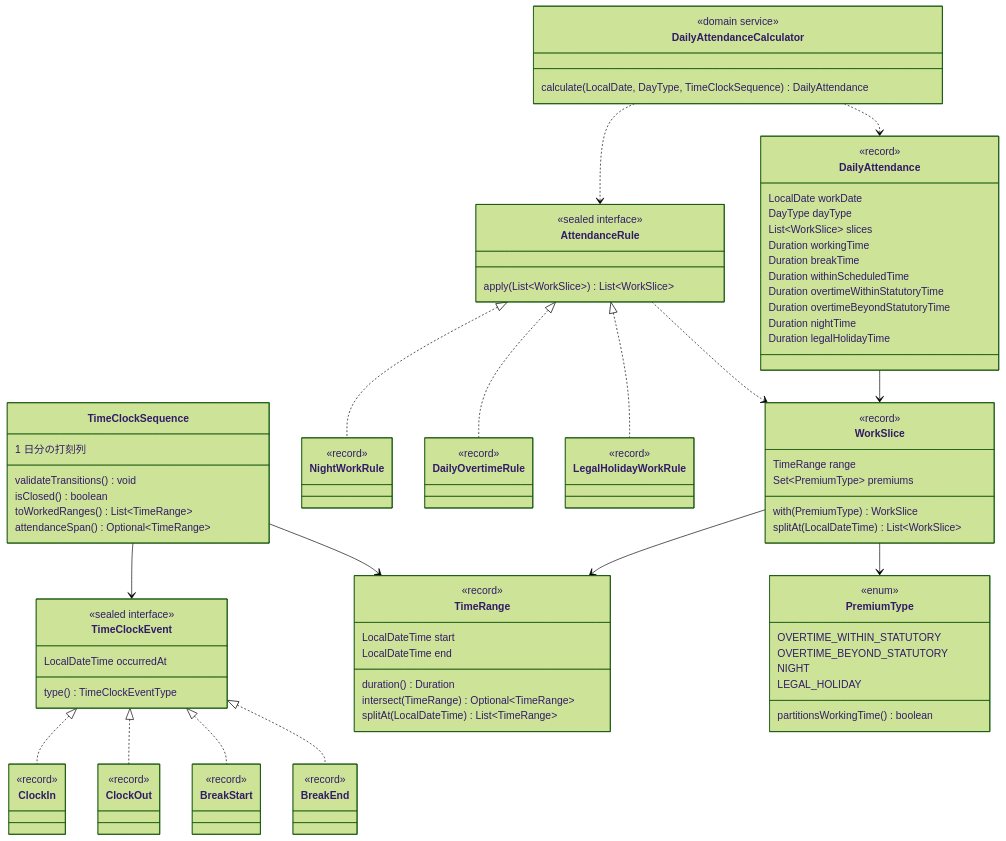
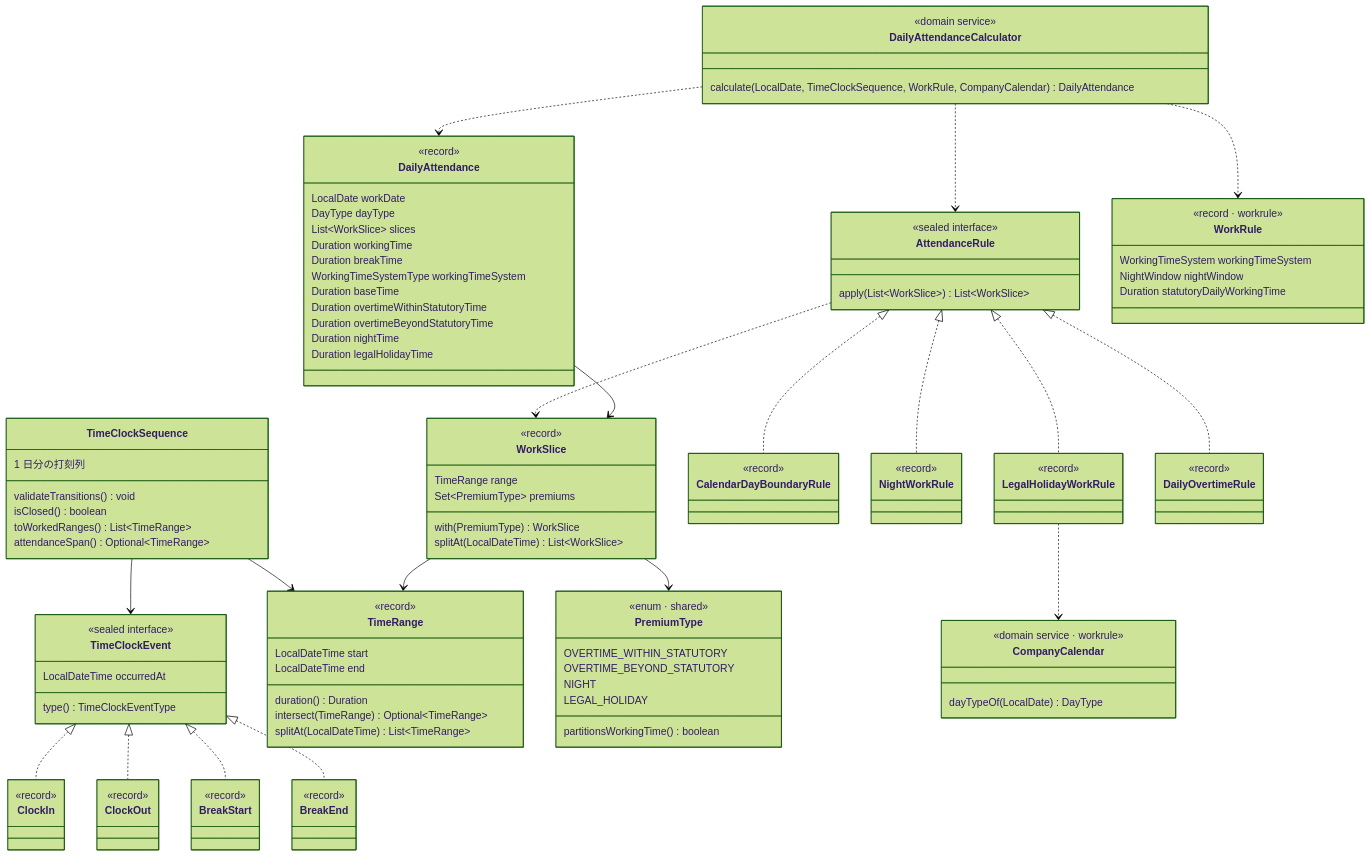
One commit to masaki-i02/newJavaProject changed the diagram in doc/02_詳細設計/03_勤怠_打刻と日次集計/diagrams/ドメインモデル.mmd. Above: the diagram before and after it, drawn with Mermaid (forest theme). The commit also changed 17 other files, not shown here.

```diff
--- a/doc/02_詳細設計/03_勤怠_打刻と日次集計/diagrams/ドメインモデル.mmd
+++ b/doc/02_詳細設計/03_勤怠_打刻と日次集計/diagrams/ドメインモデル.mmd
@@ -1,83 +1,98 @@
 classDiagram
     direction TB
 
     class TimeClockEvent {
         <<sealed interface>>
         LocalDateTime occurredAt
         type() TimeClockEventType
     }
     class ClockIn { <<record>> }
     class ClockOut { <<record>> }
     class BreakStart { <<record>> }
     class BreakEnd { <<record>> }
 
     class TimeClockSequence {
         1 日分の打刻列
         validateTransitions() void
         isClosed() boolean
         toWorkedRanges() List~TimeRange~
         attendanceSpan() Optional~TimeRange~
     }
     class TimeRange {
         <<record>>
         LocalDateTime start
         LocalDateTime end
         duration() Duration
         intersect(TimeRange) Optional~TimeRange~
         splitAt(LocalDateTime) List~TimeRange~
     }
     class WorkSlice {
         <<record>>
         TimeRange range
         Set~PremiumType~ premiums
         with(PremiumType) WorkSlice
         splitAt(LocalDateTime) List~WorkSlice~
     }
     class PremiumType {
-        <<enum>>
+        <<enum · shared>>
         OVERTIME_WITHIN_STATUTORY
         OVERTIME_BEYOND_STATUTORY
         NIGHT
         LEGAL_HOLIDAY
         partitionsWorkingTime() boolean
     }
     class AttendanceRule {
         <<sealed interface>>
         apply(List~WorkSlice~) List~WorkSlice~
     }
+    class CalendarDayBoundaryRule { <<record>> }
     class NightWorkRule { <<record>> }
+    class LegalHolidayWorkRule { <<record>> }
     class DailyOvertimeRule { <<record>> }
-    class LegalHolidayWorkRule { <<record>> }
     class DailyAttendance {
         <<record>>
         LocalDate workDate
         DayType dayType
         List~WorkSlice~ slices
         Duration workingTime
         Duration breakTime
-        Duration withinScheduledTime
+        WorkingTimeSystemType workingTimeSystem
+        Duration baseTime
         Duration overtimeWithinStatutoryTime
         Duration overtimeBeyondStatutoryTime
         Duration nightTime
         Duration legalHolidayTime
     }
     class DailyAttendanceCalculator {
         <<domain service>>
-        calculate(LocalDate, DayType, TimeClockSequence) DailyAttendance
+        calculate(LocalDate, TimeClockSequence, WorkRule, CompanyCalendar) DailyAttendance
+    }
+    class WorkRule {
+        <<record · workrule>>
+        WorkingTimeSystem workingTimeSystem
+        NightWindow nightWindow
+        Duration statutoryDailyWorkingTime
+    }
+    class CompanyCalendar {
+        <<domain service · workrule>>
+        dayTypeOf(LocalDate) DayType
     }
 
     TimeClockEvent <|.. ClockIn
     TimeClockEvent <|.. ClockOut
     TimeClockEvent <|.. BreakStart
     TimeClockEvent <|.. BreakEnd
     TimeClockSequence --> TimeClockEvent
     TimeClockSequence --> TimeRange
     WorkSlice --> TimeRange
     WorkSlice --> PremiumType
+    AttendanceRule <|.. CalendarDayBoundaryRule
     AttendanceRule <|.. NightWorkRule
+    AttendanceRule <|.. LegalHolidayWorkRule
     AttendanceRule <|.. DailyOvertimeRule
-    AttendanceRule <|.. LegalHolidayWorkRule
+    LegalHolidayWorkRule ..> CompanyCalendar
     AttendanceRule ..> WorkSlice
     DailyAttendance --> WorkSlice
     DailyAttendanceCalculator ..> AttendanceRule
     DailyAttendanceCalculator ..> DailyAttendance
+    DailyAttendanceCalculator ..> WorkRule
```
